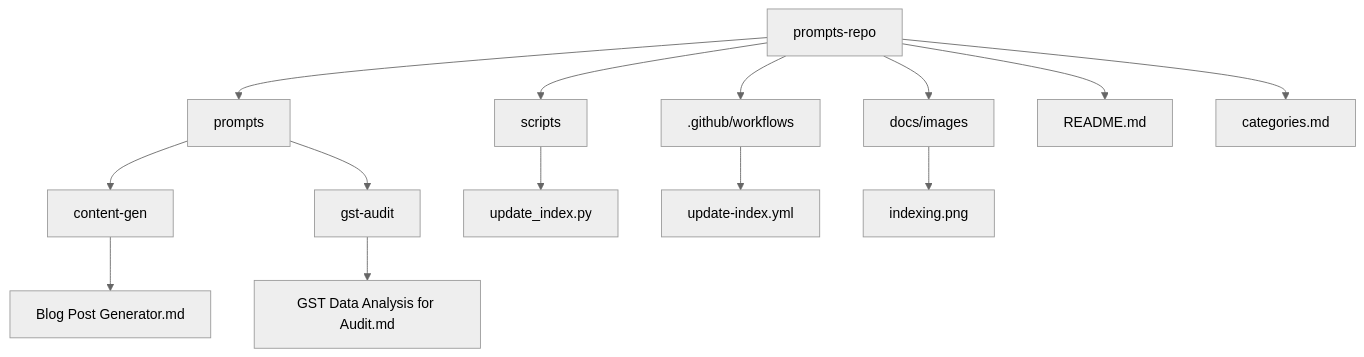
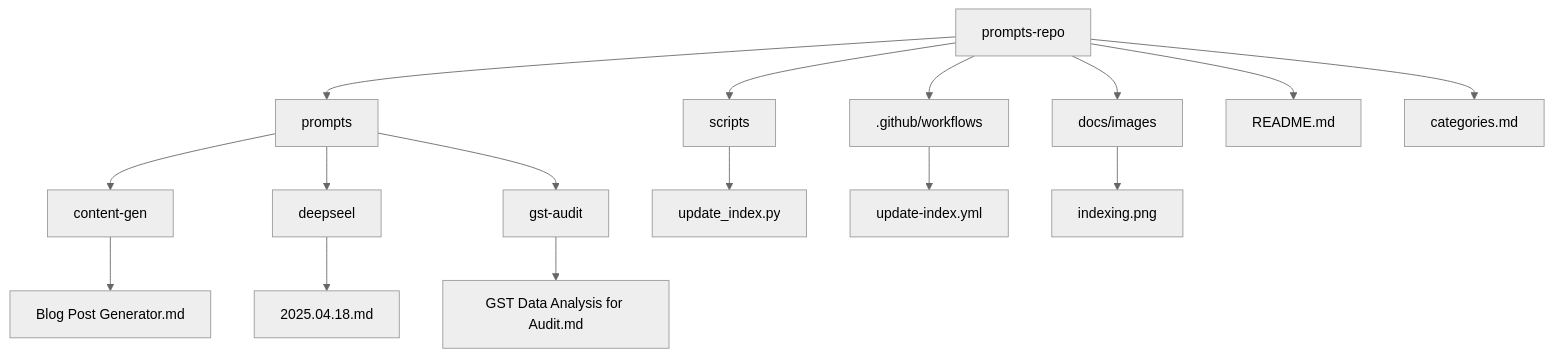
One commit to phuchungbhutia/prompts-repo changed the diagram in README.md. Above: the diagram before and after it, drawn with Mermaid (neutral theme). The commit also changed other lines of this file and 2 other files, not shown here.

Commit message:
Add template.md and fix indexing issues

````diff
--- a/README.md
+++ b/README.md
@@ -13,16 +13,18 @@
 ```mermaid
 graph TD
     A[prompts-repo] --> B[prompts]
     A --> C[scripts]
     A --> D[.github/workflows]
     A --> E[docs/images]
     B --> CAT1[content-gen]
-    B --> CAT2[gst-audit]
+    B --> CAT2[deepseel]
+    B --> CAT3[gst-audit]
     CAT1[content-gen] --> F11[Blog Post Generator.md]
-    CAT2[gst-audit] --> F21[GST Data Analysis for Audit.md]
+    CAT2[deepseel] --> F21[2025.04.18.md]
+    CAT3[gst-audit] --> F31[GST Data Analysis for Audit.md]
     C --> S[update_index.py]
     D --> W[update-index.yml]
     E --> I[indexing.png]
     A --> R[README.md]
     A --> T[categories.md]
 ```
````
